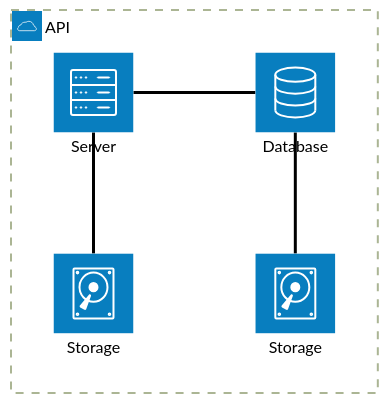
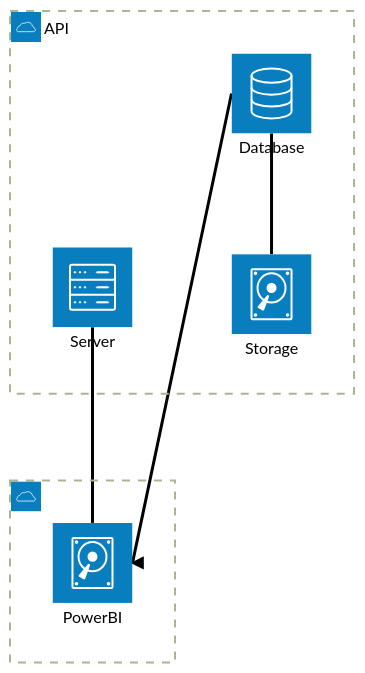
Before and after one commit to PBI-DataVizzle/pbi-datavizzle.github.io: the first of 4 diagrams in _tabs/markdown-snippets.md, drawn with Mermaid (forest theme).

Commit message:
update markdown snippets

````diff
--- a/_tabs/markdown-snippets.md
+++ b/_tabs/markdown-snippets.md
@@ -103,13 +103,14 @@
 ```mermaid
 architecture-beta
     group api(cloud)[API]
+    group pbi(cloud)
 
     service db(database)[Database] in api
-    service disk1(disk)[Storage] in api
+    service disk1(disk)[PowerBI] in pbi
     service disk2(disk)[Storage] in api
     service server(server)[Server] in api
 
-    db:L -- R:server
+    db:L --> R:disk1
     disk1:T -- B:server
     disk2:T -- B:db
 ```
````
